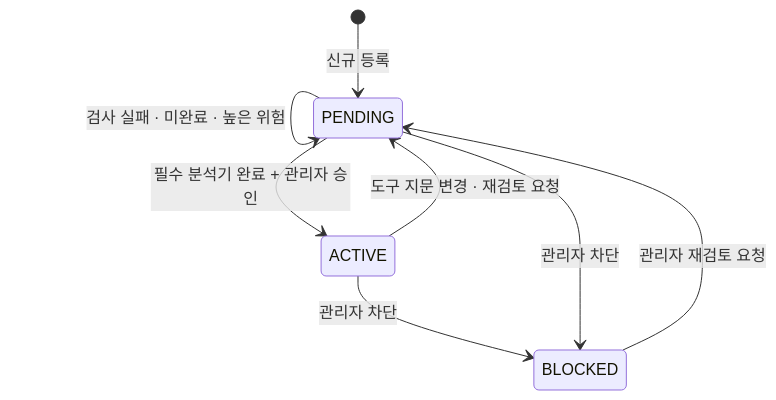
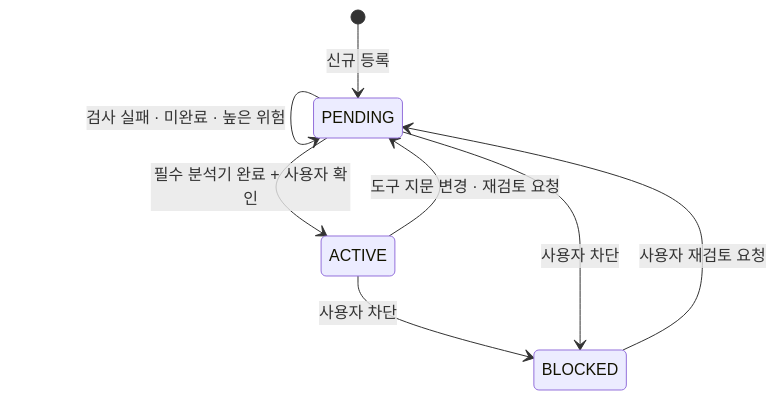
One commit to hsminu/MCP-Runtime-Guard changed the fifth of 5 diagrams in docs/technical-design.md. Above: the diagram before and after it, drawn with Mermaid. The commit also changed other lines of this file and 2 other files, not shown here.

````diff
--- a/docs/technical-design.md
+++ b/docs/technical-design.md
@@ -1245,10 +1249,10 @@
 ```mermaid
 stateDiagram-v2
     [*] --> PENDING: 신규 등록
     PENDING --> PENDING: 검사 실패 · 미완료 · 높은 위험
-    PENDING --> ACTIVE: 필수 분석기 완료 + 관리자 승인
+    PENDING --> ACTIVE: 필수 분석기 완료 + 사용자 확인
     ACTIVE --> PENDING: 도구 지문 변경 · 재검토 요청
-    ACTIVE --> BLOCKED: 관리자 차단
-    PENDING --> BLOCKED: 관리자 차단
-    BLOCKED --> PENDING: 관리자 재검토 요청
+    ACTIVE --> BLOCKED: 사용자 차단
+    PENDING --> BLOCKED: 사용자 차단
+    BLOCKED --> PENDING: 사용자 재검토 요청
 ```
````
